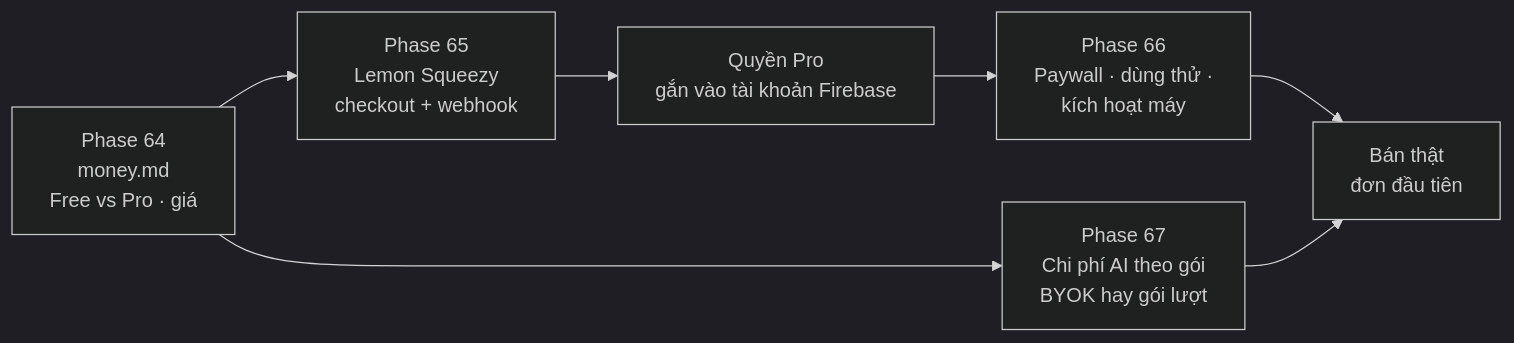
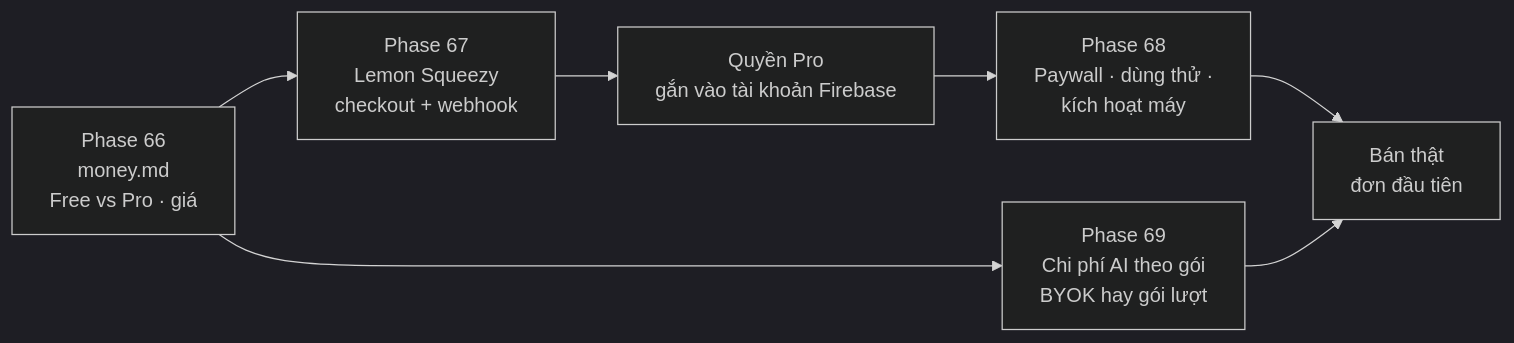
Before and after one commit to nvminhtu/niche-radar-docs: the diagram in docs/web/version-10.md, drawn with Mermaid (dark theme). The commit also changed other lines of this file and 298 other files, not shown here.

````diff
--- a/docs/web/version-10.md
+++ b/docs/web/version-10.md
@@ -21,8 +21,8 @@
 ```mermaid
 flowchart LR
-  M[Phase 64<br/>money.md<br/>Free vs Pro · giá] --> P[Phase 65<br/>Lemon Squeezy<br/>checkout + webhook]
+  M[Phase 66<br/>money.md<br/>Free vs Pro · giá] --> P[Phase 67<br/>Lemon Squeezy<br/>checkout + webhook]
   P --> E[Quyền Pro<br/>gắn vào tài khoản Firebase]
-  E --> W[Phase 66<br/>Paywall · dùng thử ·<br/>kích hoạt máy]
-  M --> C[Phase 67<br/>Chi phí AI theo gói<br/>BYOK hay gói lượt]
+  E --> W[Phase 68<br/>Paywall · dùng thử ·<br/>kích hoạt máy]
+  M --> C[Phase 69<br/>Chi phí AI theo gói<br/>BYOK hay gói lượt]
   W & C --> S[Bán thật<br/>đơn đầu tiên]
 ```
````
